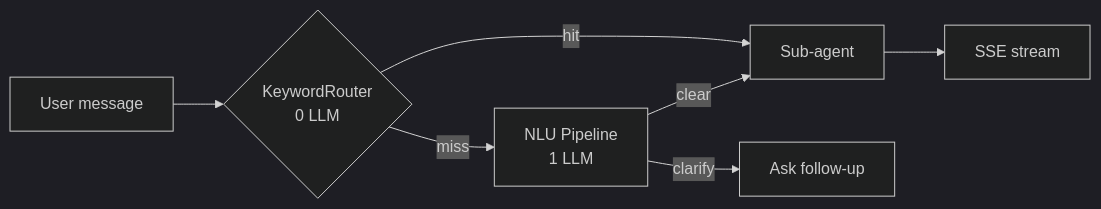
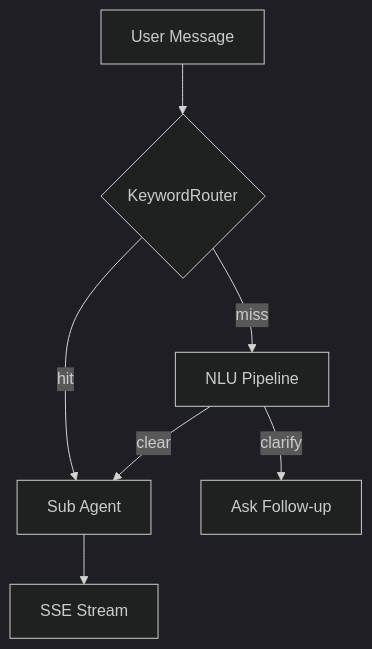
The second of 2 diagrams in README.en.md (jiasongqi/WorkplaceAIAgent), drawn with Mermaid (dark theme) before and after one commit. The commit also changed other lines of this file and 1 other file, not shown here.

First line of the commit message:
Fix GitHub Mermaid render errors in README diagrams.

````diff
--- a/README.en.md
+++ b/README.en.md
@@ -107,9 +83,9 @@
 ```mermaid
-flowchart LR
-  U[User message] --> KR{KeywordRouter<br/>0 LLM}
-  KR -->|hit| SA[Sub-agent]
-  KR -->|miss| NLU[NLU Pipeline<br/>1 LLM]
-  NLU -->|clarify| Ask[Ask follow-up]
+flowchart TD
+  U[User Message] --> KR{KeywordRouter}
+  KR -->|hit| SA[Sub Agent]
+  KR -->|miss| NLU[NLU Pipeline]
+  NLU -->|clarify| Ask[Ask Follow-up]
   NLU -->|clear| SA
-  SA --> Out[SSE stream]
+  SA --> Out[SSE Stream]
 ```
````
